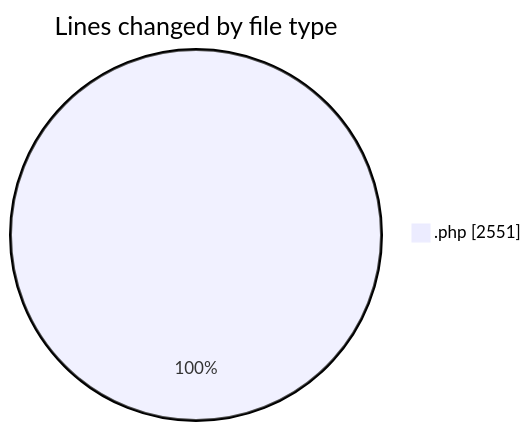
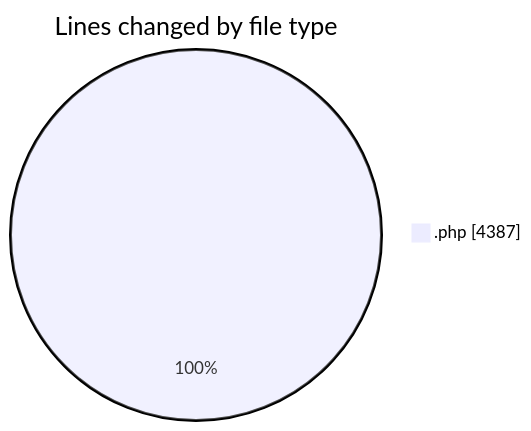
The first of 2 diagrams in 2025-04-10/zeytoon/README.md (vahidmafi/code-tracking), drawn with Mermaid before and after one commit. The commit also changed other lines of this file and 1 other file, not shown here.

````diff
--- a/2025-04-10/zeytoon/README.md
+++ b/2025-04-10/zeytoon/README.md
@@ -21,5 +22,5 @@
 ```mermaid
 pie showData
 title Lines changed by file type
-".php" : 2551
+".php" : 4387
 ```
````
